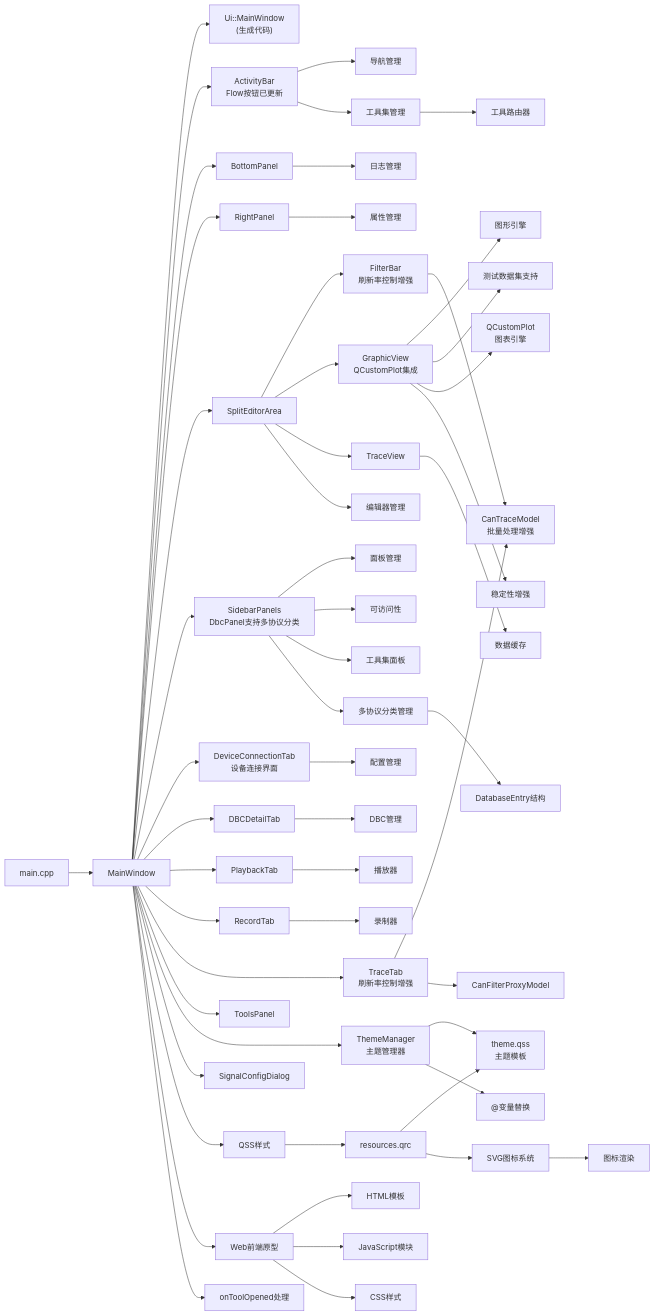
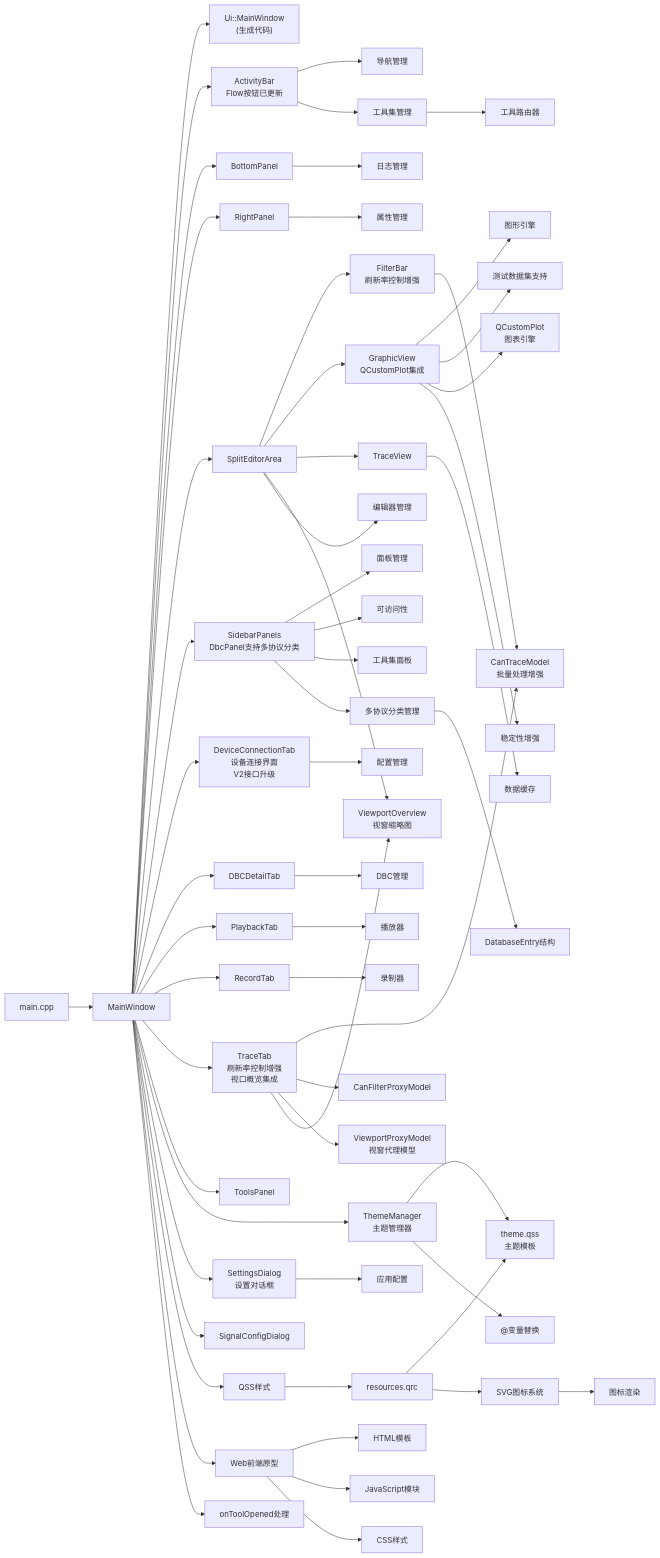
Before and after one commit to jakecai1225-design/OpenBus: diagram 25 of 25 in .qoder/repowiki/zh/content/架构设计/UI系统设计/UI系统设计.md, drawn with Mermaid. The commit also changed other lines of this file and 27 other files, not shown here.

````diff
--- a/.qoder/repowiki/zh/content/架构设计/UI系统设计/UI系统设计.md
+++ b/.qoder/repowiki/zh/content/架构设计/UI系统设计/UI系统设计.md
@@ -1603,56 +1762,61 @@
 ```mermaid
 graph LR
 Main["main.cpp"] --> MW["MainWindow"]
 MW --> UI["Ui::MainWindow<br/>(生成代码)"]
 MW --> AB["ActivityBar<br/>Flow按钮已更新"]
 MW --> BP["BottomPanel"]
 MW --> RP["RightPanel"]
 MW --> SEA["SplitEditorArea"]
 MW --> SBP["SidebarPanels<br/>DbcPanel支持多协议分类"]
-MW --> DCT["DeviceConnectionTab<br/>设备连接界面"]
+MW --> DCT["DeviceConnectionTab<br/>设备连接界面<br/>V2接口升级"]
 MW --> DBCT["DBCDetailTab"]
 MW --> PB["PlaybackTab"]
 MW --> RT["RecordTab"]
-MW --> TT["TraceTab<br/>刷新率控制增强"]
+MW --> TT["TraceTab<br/>刷新率控制增强<br/>视口概览集成"]
 MW --> TP["ToolsPanel"]
 MW --> TM["ThemeManager<br/>主题管理器"]
+MW --> SD["SettingsDialog<br/>设置对话框"]
 SEA --> FB["FilterBar<br/>刷新率控制增强"]
 SEA --> GV["GraphicView<br/>QCustomPlot集成"]
 SEA --> TV["TraceView"]
+SEA --> VO["ViewportOverview<br/>视窗缩略图"]
 MW --> SCD["SignalConfigDialog"]
 MW --> QSS["QSS样式"]
 TM --> THEME["theme.qss<br/>主题模板"]
 QSS --> QRC["resources.qrc"]
 QRC --> THEME
 QRC --> SVG["SVG图标系统"]
 AB --> Navigation["导航管理"]
 BP --> Logging["日志管理"]
 RP --> Properties["属性管理"]
 SEA --> Editors["编辑器管理"]
 SBP --> Panels["面板管理"]
 DCT --> Config["配置管理"]
 DBCT --> DBC["DBC管理"]
 PB --> Player["播放器"]
 RT --> Recorder["录制器"]
 TT --> CTM["CanTraceModel<br/>批量处理增强"]
 TT --> CFPM["CanFilterProxyModel"]
+TT --> VPM["ViewportProxyModel<br/>视窗代理模型"]
+TT --> VO
 FB --> CTM
 MW --> Web["Web前端原型"]
 Web --> HTML["HTML模板"]
 Web --> JS["JavaScript模块"]
 Web --> CSS["CSS样式"]
 GV --> Graphics["图形引擎"]
 GV --> TestData["测试数据集支持"]
 GV --> QCP["QCustomPlot<br/>图表引擎"]
 TV --> DataCache["数据缓存"]
 SBP --> Accessibility["可访问性"]
 GV --> Stability["稳定性增强"]
 AB --> Tools["工具集管理"]
 SBP --> ToolsPanel["工具集面板"]
 Tools --> ToolRouter["工具路由器"]
 MW --> ToolHandler["onToolOpened处理"]
 SBP --> MultiProtocol["多协议分类管理"]
 MultiProtocol --> DatabaseEntry["DatabaseEntry结构"]
 TM --> ThemeVars["@变量替换"]
 SVG --> IconSystem["图标渲染"]
+SD --> AppConfig["应用配置"]
 ```
````
